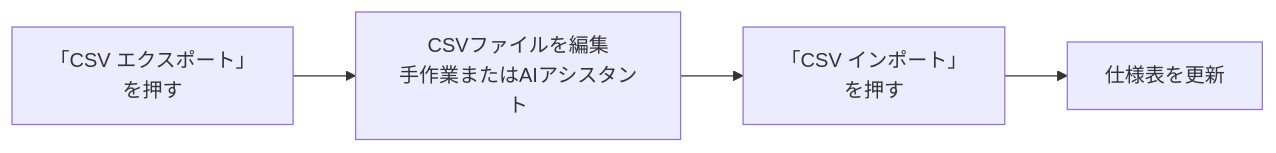
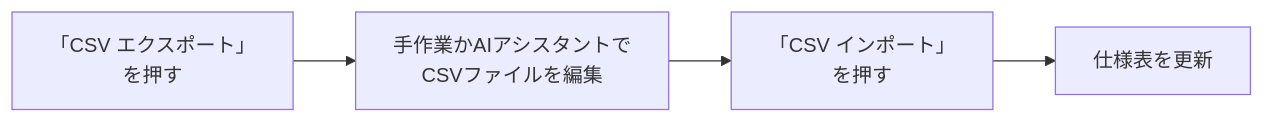
The seventh of 7 diagrams in docs/v2-user-guide.ja.md (framgia/momorph-support), drawn with Mermaid before and after one commit. The commit also changed other lines of this file and 14 other files, not shown here.

````diff
--- a/docs/v2-user-guide.ja.md
+++ b/docs/v2-user-guide.ja.md
@@ -281,4 +283,4 @@
 ```mermaid
 flowchart LR
-  E["「CSV エクスポート」<br>を押す"] --> X["CSVファイルを編集<br>手作業またはAIアシスタント"] --> I["「CSV インポート」<br>を押す"] --> T["仕様表を更新"]
+  E["「CSV エクスポート」<br>を押す"] --> X["手作業かAIアシスタントで<br>CSVファイルを編集"] --> I["「CSV インポート」<br>を押す"] --> T["仕様表を更新"]
 ```
````
